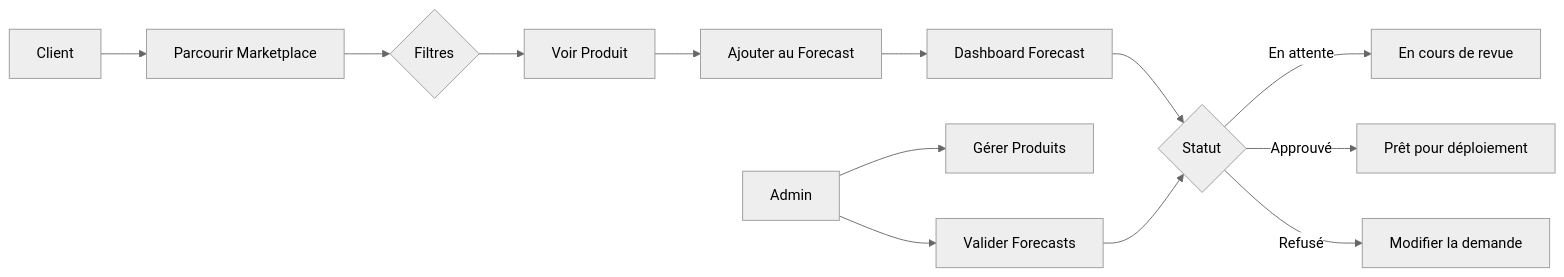
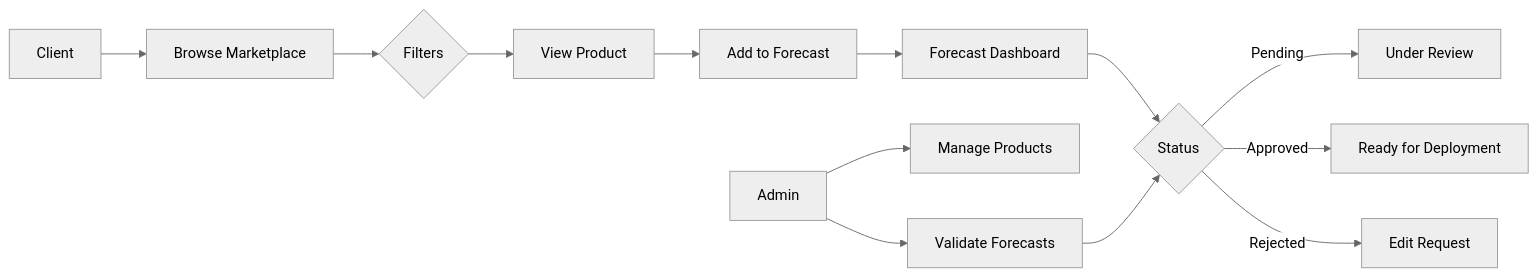
The second of 2 diagrams in .tidet/plans/2026-07-29T10-57-35--cloudmarket-iaas.md (JoCloud007/MyBeautifulMarketPlace), drawn with Mermaid (neutral theme) before and after one commit. The commit also changed other lines of this file and 14 other files, not shown here.

````diff
--- a/.tidet/plans/2026-07-29T10-57-35--cloudmarket-iaas.md
+++ b/.tidet/plans/2026-07-29T10-57-35--cloudmarket-iaas.md
@@ -368,16 +368,16 @@
 ```mermaid
 flowchart LR
-    A[Client] --> B[Parcourir Marketplace]
-    B --> C{Filtres}
-    C --> D[Voir Produit]
-    D --> E[Ajouter au Forecast]
-    E --> F[Dashboard Forecast]
-    F --> G{Statut}
-    G -->|En attente| H[En cours de revue]
-    G -->|Approuvé| I[Prêt pour déploiement]
-    G -->|Refusé| J[Modifier la demande]
+    A[Client] --> B[Browse Marketplace]
+    B --> C{Filters}
+    C --> D[View Product]
+    D --> E[Add to Forecast]
+    E --> F[Forecast Dashboard]
+    F --> G{Status}
+    G -->|Pending| H[Under Review]
+    G -->|Approved| I[Ready for Deployment]
+    G -->|Rejected| J[Edit Request]
 
-    K[Admin] --> L[Gérer Produits]
-    K --> M[Valider Forecasts]
+    K[Admin] --> L[Manage Products]
+    K --> M[Validate Forecasts]
     M --> G
 ```
````
